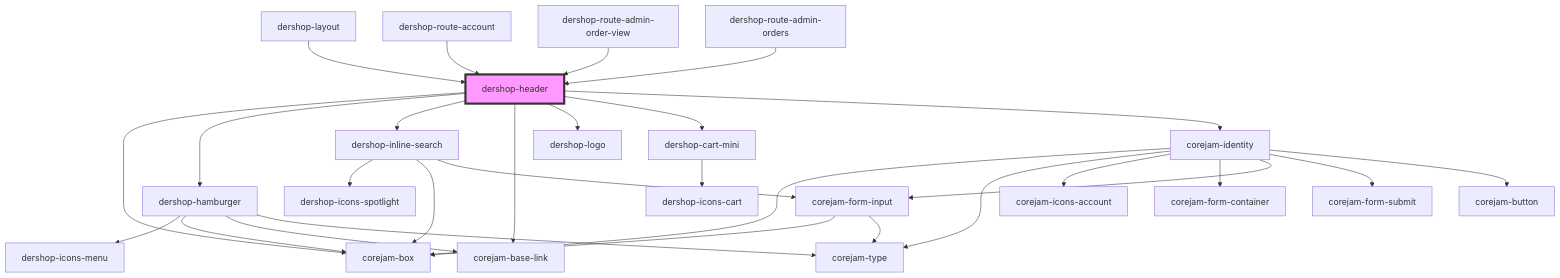
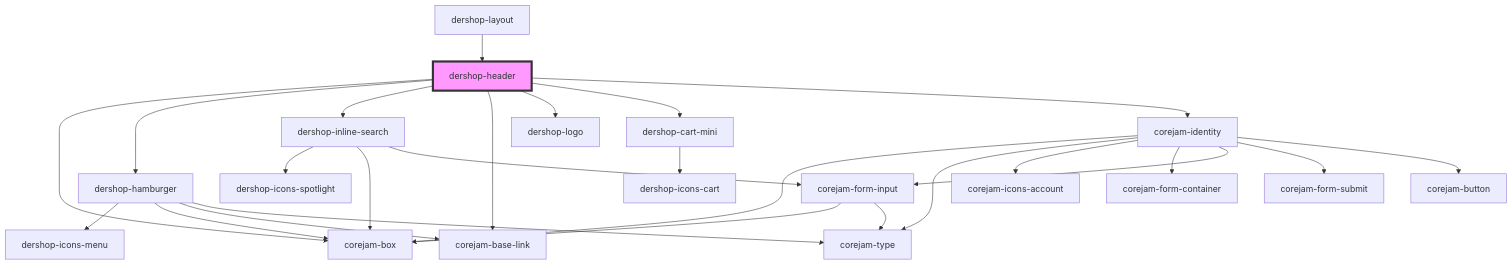
Before and after one commit to corejam/corejam: the diagram in packages/plugins/dershop/app/components/dershop-header/readme.md, drawn with Mermaid. The commit also changed other lines of this file and 42 other files, not shown here.

````diff
--- a/packages/plugins/dershop/app/components/dershop-header/readme.md
+++ b/packages/plugins/dershop/app/components/dershop-header/readme.md
@@ -37,32 +34,29 @@
 ```mermaid
 graph TD;
   dershop-header --> corejam-box
   dershop-header --> dershop-hamburger
   dershop-header --> dershop-inline-search
   dershop-header --> corejam-base-link
   dershop-header --> dershop-logo
   dershop-header --> dershop-cart-mini
   dershop-header --> corejam-identity
   dershop-hamburger --> dershop-icons-menu
   dershop-hamburger --> corejam-box
   dershop-hamburger --> corejam-base-link
   dershop-hamburger --> corejam-type
   dershop-inline-search --> dershop-icons-spotlight
   dershop-inline-search --> corejam-box
   dershop-inline-search --> corejam-form-input
   corejam-form-input --> corejam-box
   corejam-form-input --> corejam-type
   dershop-cart-mini --> dershop-icons-cart
   corejam-identity --> corejam-box
   corejam-identity --> corejam-type
   corejam-identity --> corejam-icons-account
   corejam-identity --> corejam-form-container
   corejam-identity --> corejam-form-input
   corejam-identity --> corejam-form-submit
   corejam-identity --> corejam-button
   dershop-layout --> dershop-header
-  dershop-route-account --> dershop-header
-  dershop-route-admin-order-view --> dershop-header
-  dershop-route-admin-orders --> dershop-header
   style dershop-header fill:#f9f,stroke:#333,stroke-width:4px
 ```
````
